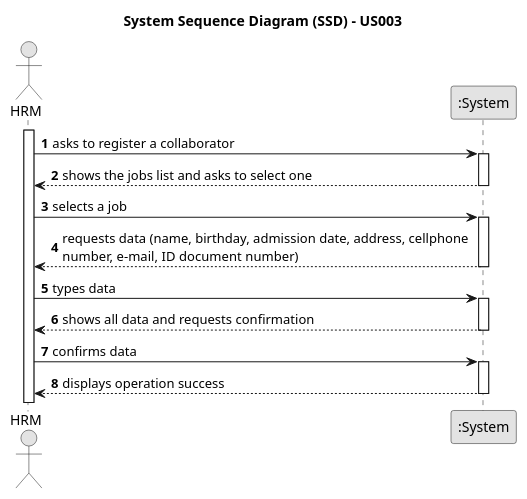
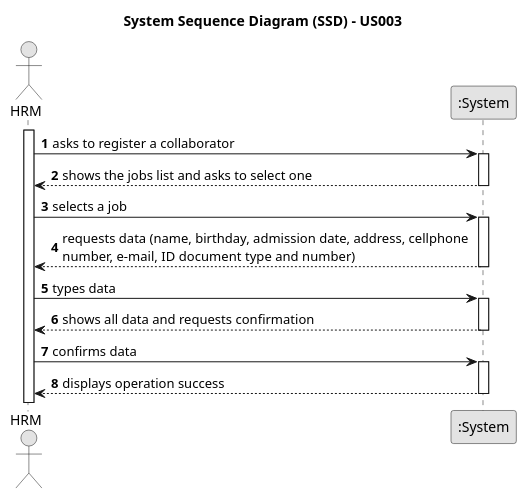
The diagram in docs/sprintA/us003/01.requirements-engineering/puml/us003-system-sequence-diagram-alternative-one.puml (Departamento-de-Engenharia-Informatica/lei-24-s2-1do-g164), drawn with PlantUML before and after one commit. The commit also changed 8 other files, not shown here.

```diff
--- a/docs/sprintA/us003/01.requirements-engineering/puml/us003-system-sequence-diagram-alternative-one.puml
+++ b/docs/sprintA/us003/01.requirements-engineering/puml/us003-system-sequence-diagram-alternative-one.puml
@@ -1,39 +1,39 @@
 @startuml
 skinparam monochrome true
 skinparam packageStyle rectangle
 skinparam shadowing false
 
 title System Sequence Diagram (SSD) - US003
 
 autonumber
 
 actor "HRM" as Employee
 participant ":System" as System
 
 activate Employee
 
     Employee -> System : asks to register a collaborator
     activate System
 
         System --> Employee : shows the jobs list and asks to select one
     deactivate System
 
     Employee -> System : selects a job
     activate System
 
-    System --> Employee : requests data (name, birthday, admission date, address, cellphone \nnumber, e-mail, ID document number)
+    System --> Employee : requests data (name, birthday, admission date, address, cellphone \nnumber, e-mail, ID document type and number)
     deactivate System
 
     Employee -> System : types data
     activate System
 
         System --> Employee : shows all data and requests confirmation
     deactivate System
 
     Employee -> System : confirms data
     activate System
 
         System --> Employee : displays operation success
     deactivate System
 
 @enduml
```
